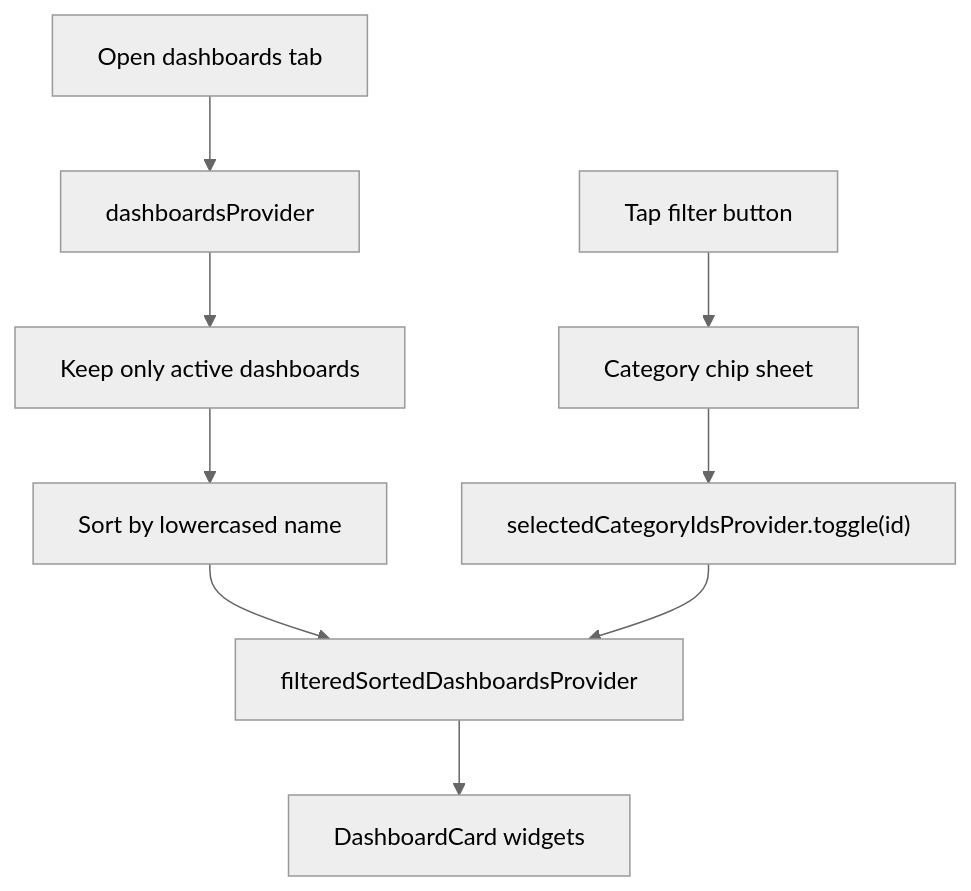
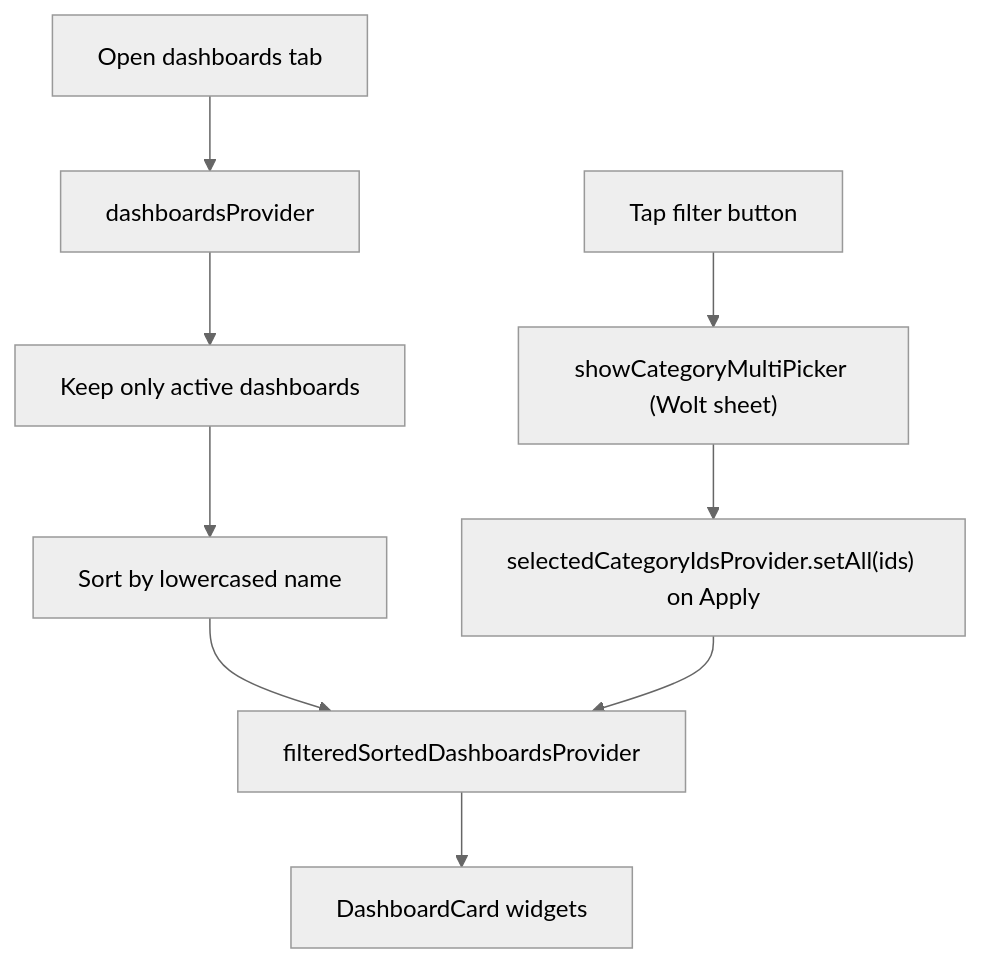
One commit to matthiasn/lotti changed the second of 5 diagrams in lib/features/dashboards/README.md. Above: the diagram before and after it, drawn with Mermaid (neutral theme). The commit also changed other lines of this file, not shown here.

First line of the commit message:
docs(dashboards): fix category filter, caption rule, and single-page lifecycle

````diff
--- a/lib/features/dashboards/README.md
+++ b/lib/features/dashboards/README.md
@@ -119,12 +119,12 @@
 ```mermaid
 flowchart TD
   Open["Open dashboards tab"] --> Stream["dashboardsProvider"]
   Stream --> Active["Keep only active dashboards"]
   Active --> Sort["Sort by lowercased name"]
   Sort --> Visible["filteredSortedDashboardsProvider"]
 
-  FilterTap["Tap filter button"] --> BottomSheet["Category chip sheet"]
-  BottomSheet --> Toggle["selectedCategoryIdsProvider.toggle(id)"]
-  Toggle --> Visible
+  FilterTap["Tap filter button"] --> Picker["showCategoryMultiPicker (Wolt sheet)"]
+  Picker --> Apply["selectedCategoryIdsProvider.setAll(ids) on Apply"]
+  Apply --> Visible
   Visible --> Cards["DashboardCard widgets"]
 ```
````
